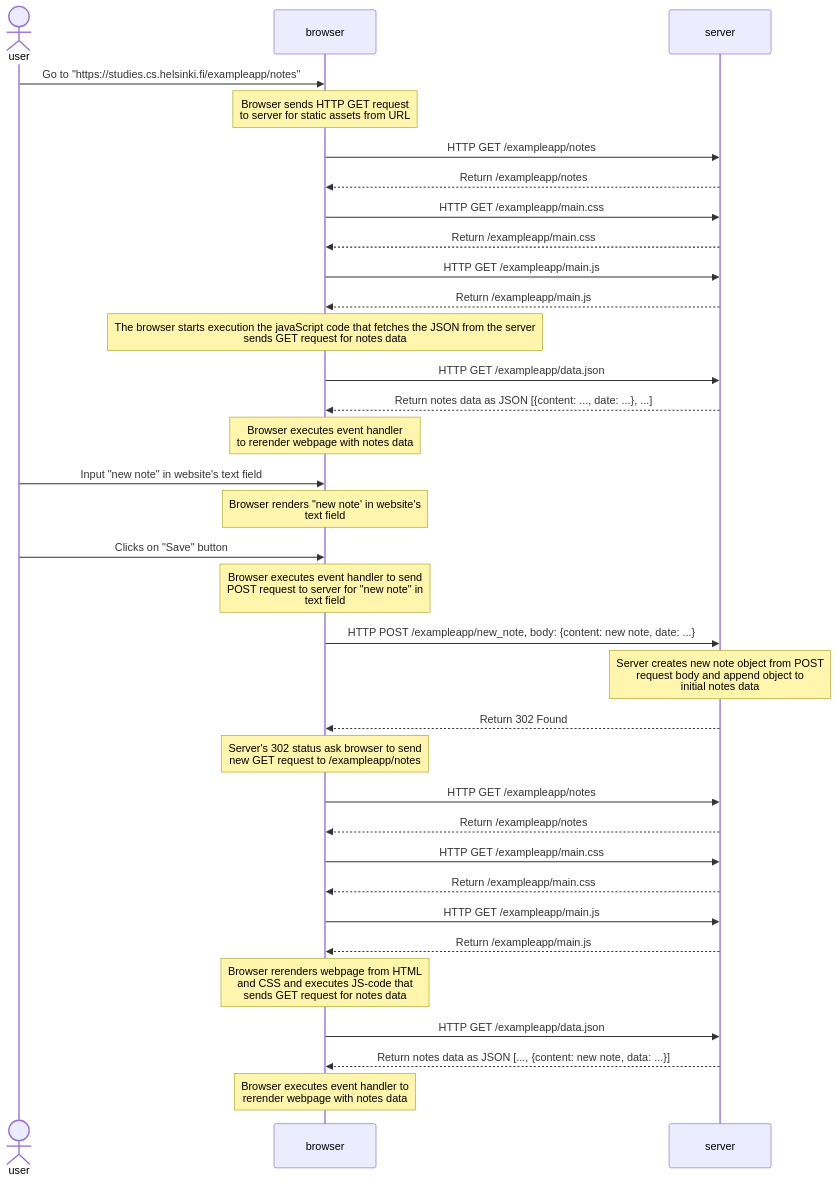
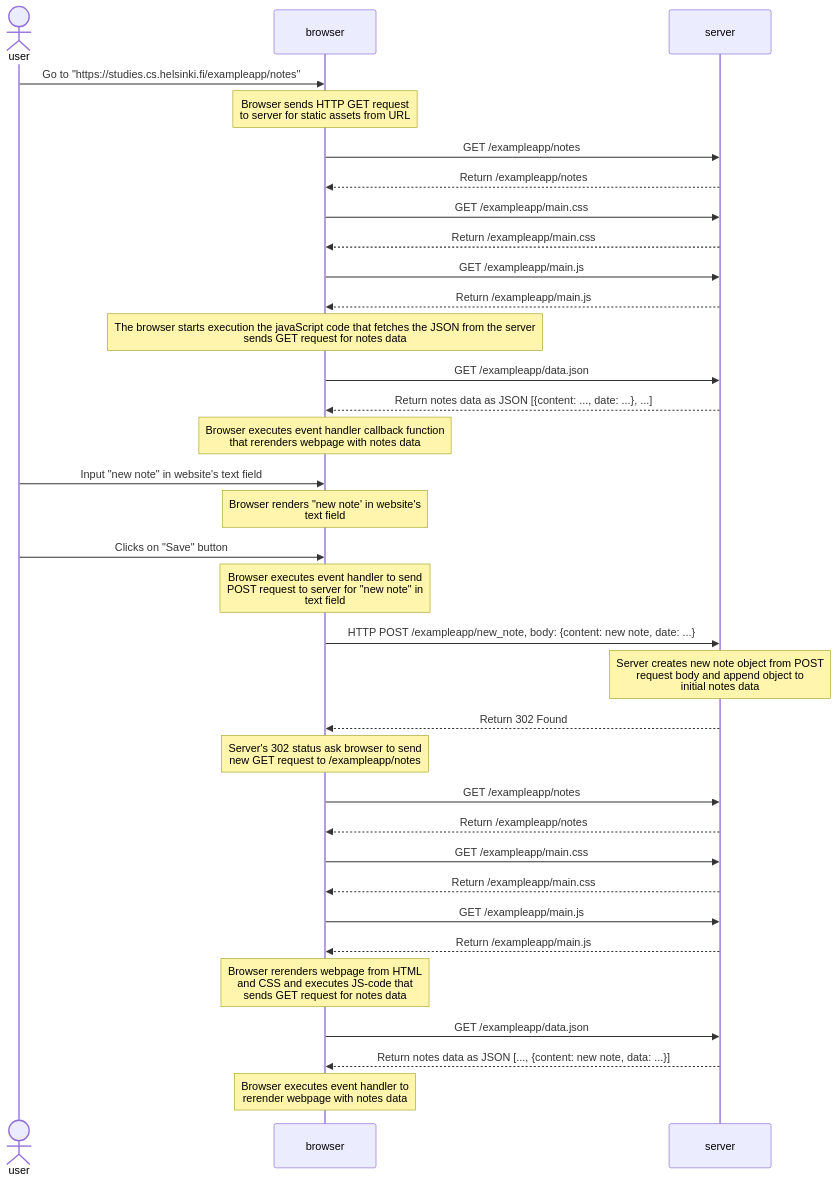
The diagram in part0/0.4_new_note_diagram.md (daniel-bogale/full-stack-open-course), drawn with Mermaid before and after one commit.

````diff
--- a/part0/0.4_new_note_diagram.md
+++ b/part0/0.4_new_note_diagram.md
@@ -1,54 +1,54 @@
 ```mermaid
 sequenceDiagram 
   actor user
   participant browser
   participant server
 
   user->>browser: Go to "https://studies.cs.helsinki.fi/exampleapp/notes"
 
   note over browser: Browser sends HTTP GET request <br> to server for static assets from URL
 
-  browser->>server: HTTP GET /exampleapp/notes
+  browser->>server: GET /exampleapp/notes
   server-->>browser: Return /exampleapp/notes
-  browser->>server: HTTP GET /exampleapp/main.css
+  browser->>server: GET /exampleapp/main.css
   server-->>browser: Return /exampleapp/main.css
-  browser->>server: HTTP GET /exampleapp/main.js
+  browser->>server: GET /exampleapp/main.js
   server-->>browser: Return /exampleapp/main.js
 
   note over browser: The browser starts execution the javaScript code that fetches the JSON from the server <br> sends GET request for notes data
 
-  browser->>server: HTTP GET /exampleapp/data.json
+  browser->>server: GET /exampleapp/data.json
   server-->>browser: Return notes data as JSON [{content: ..., date: ...}, ...]
 
-  note over browser: Browser executes event handler <br> to rerender webpage with notes data
+  note over browser: Browser executes event handler callback function <br> that rerenders webpage with notes data
 
   user->>browser: Input "new note" in website's text field
 
   note over browser: Browser renders "new note' in website's <br> text field
 
   user->>browser: Clicks on "Save" button
 
   note over browser: Browser executes event handler to send <br> POST request to server for "new note" in <br> text field
 
   browser->>server: HTTP POST /exampleapp/new_note, body: {content: new note, date: ...}
 
   note over server: Server creates new note object from POST <br> request body and append object to <br> initial notes data
 
   server-->>browser: Return 302 Found
 
   note over browser: Server's 302 status ask browser to send <br> new GET request to /exampleapp/notes
 
-  browser->>server: HTTP GET /exampleapp/notes
+  browser->>server: GET /exampleapp/notes
   server-->>browser: Return /exampleapp/notes
-  browser->>server: HTTP GET /exampleapp/main.css
+  browser->>server: GET /exampleapp/main.css
   server-->>browser: Return /exampleapp/main.css
-  browser->>server: HTTP GET /exampleapp/main.js
+  browser->>server: GET /exampleapp/main.js
   server-->>browser: Return /exampleapp/main.js
 
   note over browser: Browser rerenders webpage from HTML <br> and CSS and executes JS-code that <br> sends GET request for notes data
 
-  browser->>server: HTTP GET /exampleapp/data.json
+  browser->>server: GET /exampleapp/data.json
   server-->>browser: Return notes data as JSON [..., {content: new note, data: ...}]
 
   note over browser: Browser executes event handler to <br> rerender webpage with notes data
 ```
````
